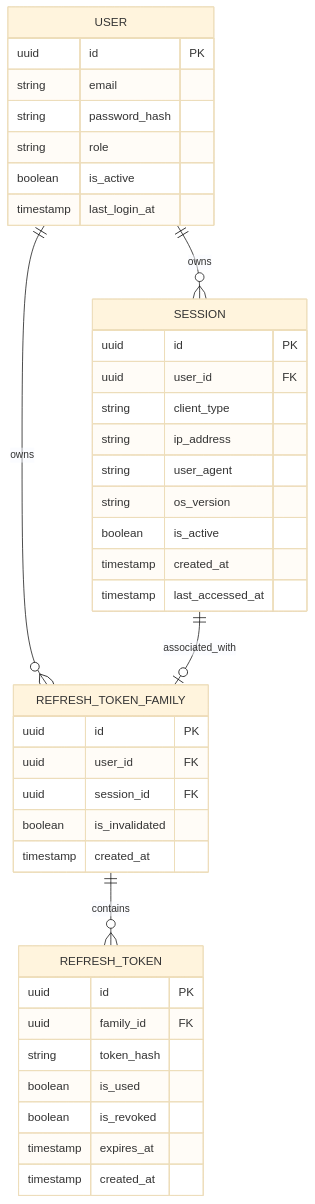
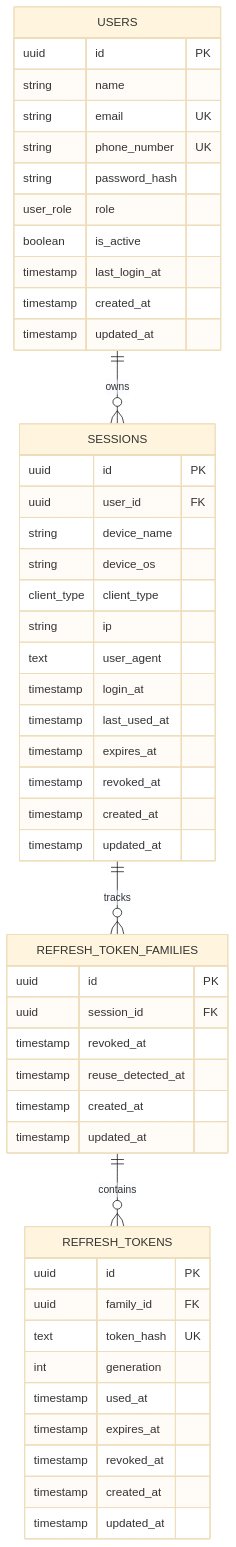
One commit to eshant52/quickbite-backend changed the first of 5 diagrams in docs/authentication.md. Above: the diagram before and after it, drawn with Mermaid (base theme). The commit also changed other lines of this file and 8 other files, not shown here.

First line of the commit message:
docs: add order lifecycle guide and update architecture documentation

````diff
--- a/docs/authentication.md
+++ b/docs/authentication.md
@@ -74,46 +93,56 @@
 ```mermaid
 erDiagram
-    USER ||--o{ SESSION : owns
-    USER ||--o{ REFRESH_TOKEN_FAMILY : owns
-    SESSION ||--o| REFRESH_TOKEN_FAMILY : associated_with
-    REFRESH_TOKEN_FAMILY ||--o{ REFRESH_TOKEN : contains
+    USERS ||--o{ SESSIONS : owns
+    SESSIONS ||--o{ REFRESH_TOKEN_FAMILIES : tracks
+    REFRESH_TOKEN_FAMILIES ||--o{ REFRESH_TOKENS : contains
 
-    USER {
+    USERS {
         uuid id PK
-        string email
+        string name
+        string email UK
+        string phone_number UK
         string password_hash
-        string role
+        user_role role
         boolean is_active
         timestamp last_login_at
+        timestamp created_at
+        timestamp updated_at
     }
 
-    SESSION {
+    SESSIONS {
         uuid id PK
         uuid user_id FK
-        string client_type
-        string ip_address
-        string user_agent
-        string os_version
-        boolean is_active
+        string device_name
+        string device_os
+        client_type client_type
+        string ip
+        text user_agent
+        timestamp login_at
+        timestamp last_used_at
+        timestamp expires_at
+        timestamp revoked_at
         timestamp created_at
-        timestamp last_accessed_at
+        timestamp updated_at
     }
 
-    REFRESH_TOKEN_FAMILY {
+    REFRESH_TOKEN_FAMILIES {
         uuid id PK
-        uuid user_id FK
         uuid session_id FK
-        boolean is_invalidated
+        timestamp revoked_at
+        timestamp reuse_detected_at
         timestamp created_at
+        timestamp updated_at
     }
 
-    REFRESH_TOKEN {
+    REFRESH_TOKENS {
         uuid id PK
         uuid family_id FK
-        string token_hash
-        boolean is_used
-        boolean is_revoked
+        text token_hash UK
+        int generation
+        timestamp used_at
         timestamp expires_at
+        timestamp revoked_at
         timestamp created_at
+        timestamp updated_at
     }
 ```
````
